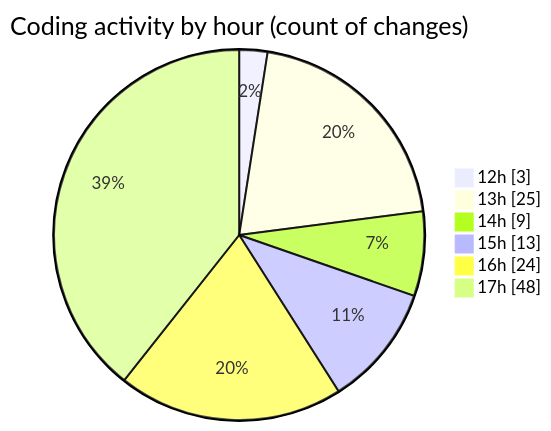
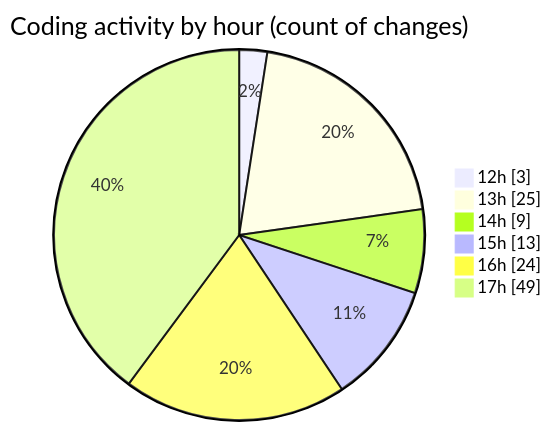
One commit to nxtqubesakshisongat/code-tracking changed the second of 2 diagrams in 2025-09-26/nxtqube_webapp/README.md. Above: the diagram before and after it, drawn with Mermaid. The commit also changed other lines of this file and 1 other file, not shown here.

````diff
--- a/2025-09-26/nxtqube_webapp/README.md
+++ b/2025-09-26/nxtqube_webapp/README.md
@@ -36,10 +36,10 @@
 ```mermaid
 pie showData
 title Coding activity by hour (count of changes)
 "12h" : 3
 "13h" : 25
 "14h" : 9
 "15h" : 13
 "16h" : 24
-"17h" : 48
+"17h" : 49
 ```
````
